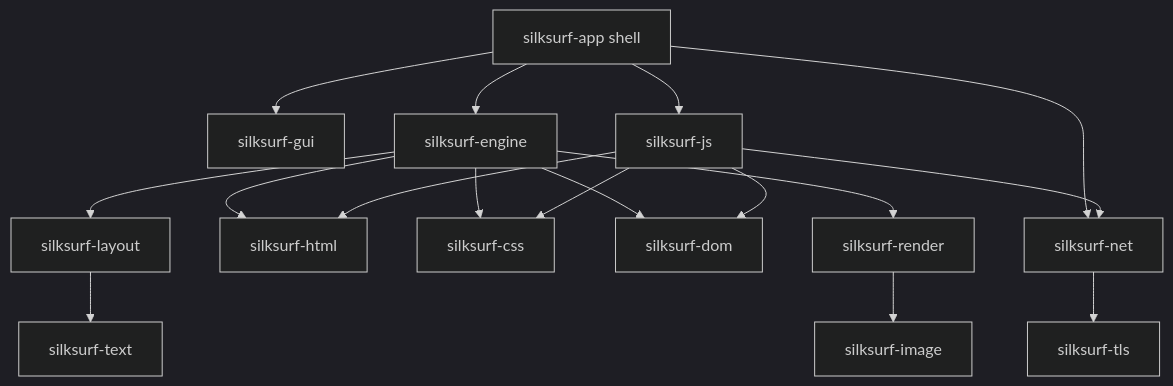
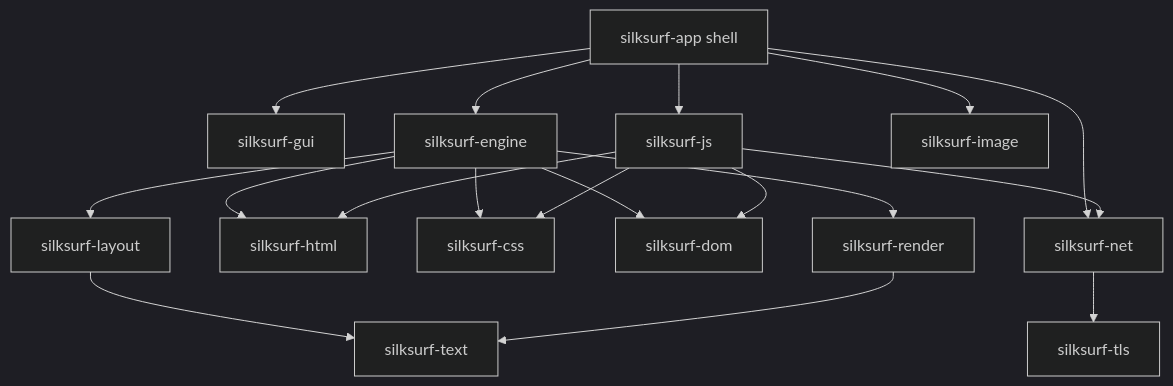
Before and after one commit to Oichkatzelesfrettschen/silksurf: the diagram in docs/ARCHITECTURE.md, drawn with Mermaid (dark theme).

Commit message:
docs: correct conceptual image and text dependency flow

````diff
--- a/docs/ARCHITECTURE.md
+++ b/docs/ARCHITECTURE.md
@@ -162,19 +162,20 @@
 ```mermaid
 graph TD
   APP[silksurf-app shell] --> GUI[silksurf-gui]
   APP --> ENGINE[silksurf-engine]
   APP --> JS[silksurf-js]
   APP --> NET[silksurf-net]
+  APP --> IMAGE[silksurf-image]
   ENGINE --> HTML[silksurf-html]
   ENGINE --> CSS[silksurf-css]
   ENGINE --> DOM[silksurf-dom]
   ENGINE --> LAYOUT[silksurf-layout]
   ENGINE --> RENDER[silksurf-render]
   LAYOUT --> TEXT[silksurf-text]
+  RENDER --> TEXT
   NET --> TLS[silksurf-tls]
   JS --> DOM
   JS --> CSS
   JS --> HTML
   JS --> NET
-  RENDER --> IMAGE[silksurf-image]
 ```
````
